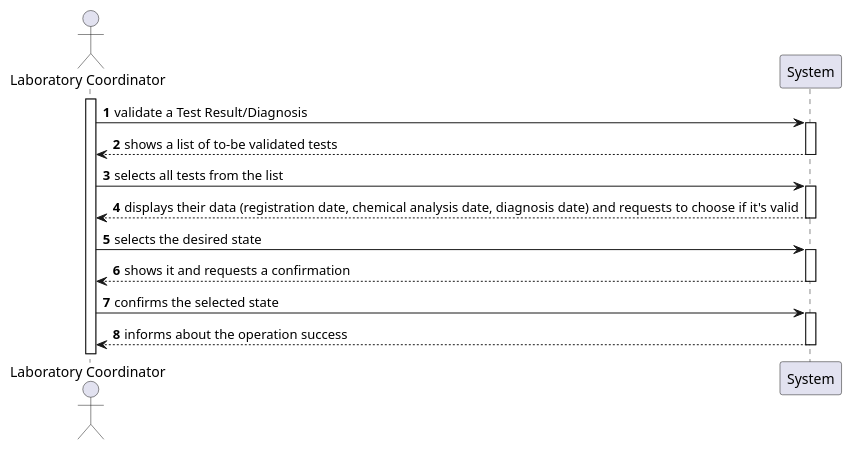
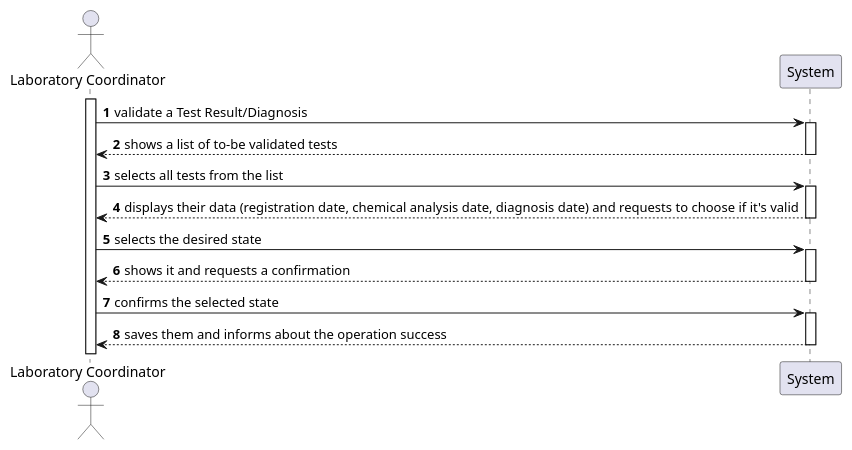
Before and after one commit to 0franciscor/lei-21-s2-1de-g19: the diagram in docs/SprintC/US15/US15-SSD2.puml, drawn with PlantUML. The commit also changed 8 other files, not shown here.

Commit message:
[US-15] - Alteração dos diagramas SD e CD

```diff
--- a/docs/SprintC/US15/US15-SSD2.puml
+++ b/docs/SprintC/US15/US15-SSD2.puml
@@ -1,16 +1,16 @@
 @startuml
 autonumber
 
 actor "Laboratory Coordinator" as labC
 activate labC
 
 labC -> System ++: validate a Test Result/Diagnosis
 System --> labC --: shows a list of to-be validated tests
 labC -> System ++: selects all tests from the list
 System -->  labC --: displays their data (registration date, chemical analysis date, diagnosis date) and requests to choose if it's valid
 labC ->  System ++: selects the desired state
 System --> labC --: shows it and requests a confirmation
 labC -> System ++: confirms the selected state
-System --> labC --: informs about the operation success
+System --> labC --: saves them and informs about the operation success
 
 @enduml
```
